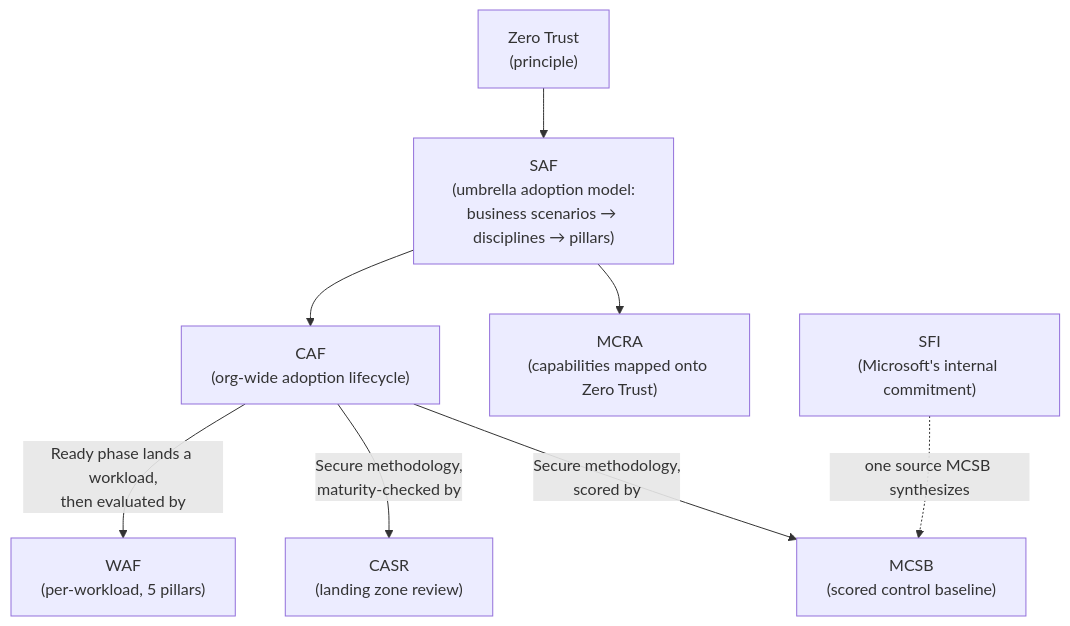
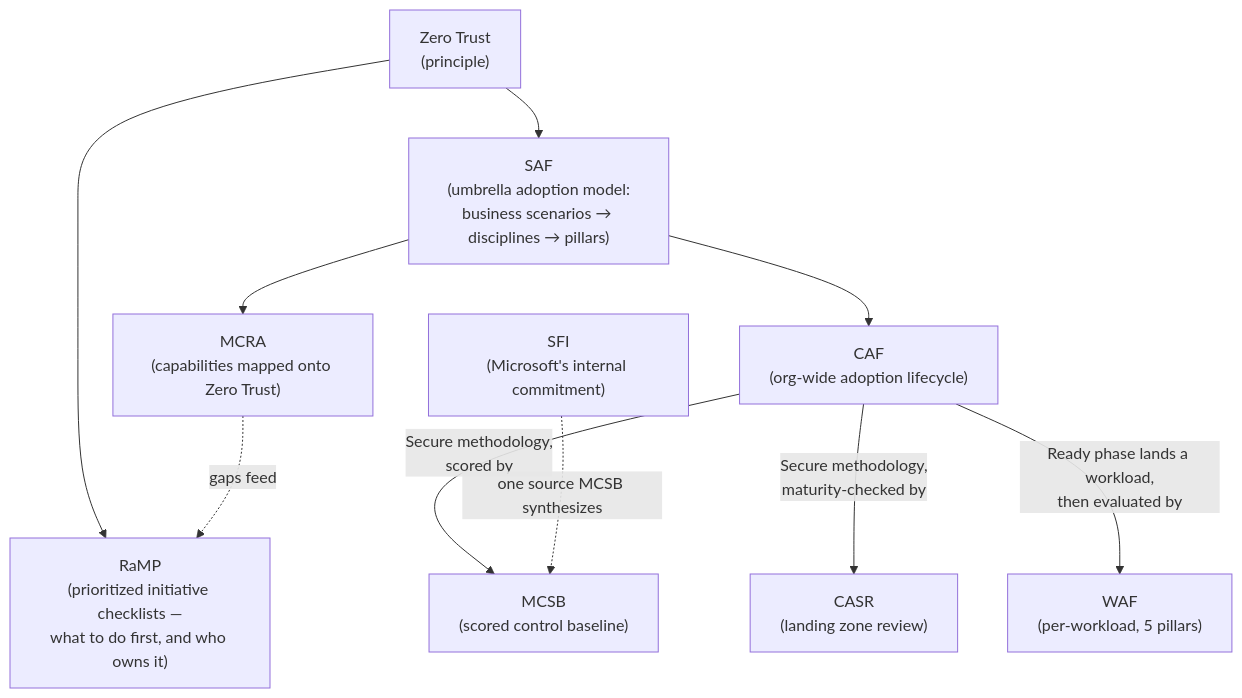
The diagram in Cheat Sheets/Frameworks Cheat Sheet.md (DhruvKai/SC-100), drawn with Mermaid before and after one commit. The commit also changed other lines of this file and 25 other files, not shown here.

````diff
--- a/Cheat Sheets/Frameworks Cheat Sheet.md
+++ b/Cheat Sheets/Frameworks Cheat Sheet.md
@@ -27,12 +28,14 @@
 ```mermaid
 flowchart TD
     ZT["Zero Trust<br/>(principle)"] --> SAF["SAF<br/>(umbrella adoption model:<br/>business scenarios → disciplines → pillars)"]
+    ZT --> RAMP["RaMP<br/>(prioritized initiative checklists —<br/>what to do first, and who owns it)"]
     SAF --> MCRA["MCRA<br/>(capabilities mapped onto Zero Trust)"]
     SAF --> CAF["CAF<br/>(org-wide adoption lifecycle)"]
+    MCRA -.gaps feed.-> RAMP
 
     CAF -->|Secure methodology,<br/>scored by| MCSB["MCSB<br/>(scored control baseline)"]
     CAF -->|Secure methodology,<br/>maturity-checked by| CASR["CASR<br/>(landing zone review)"]
     CAF -->|Ready phase lands a workload,<br/>then evaluated by| WAF["WAF<br/>(per-workload, 5 pillars)"]
 
     SFI["SFI<br/>(Microsoft's internal commitment)"] -.->|one source MCSB synthesizes| MCSB
 ```
````
